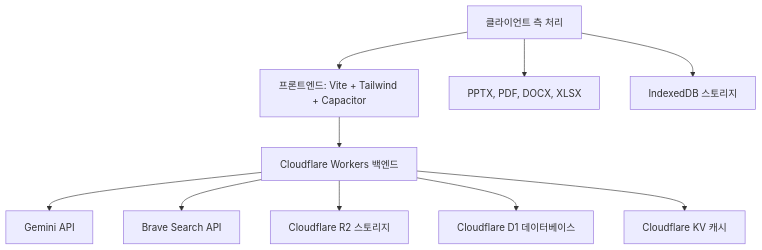
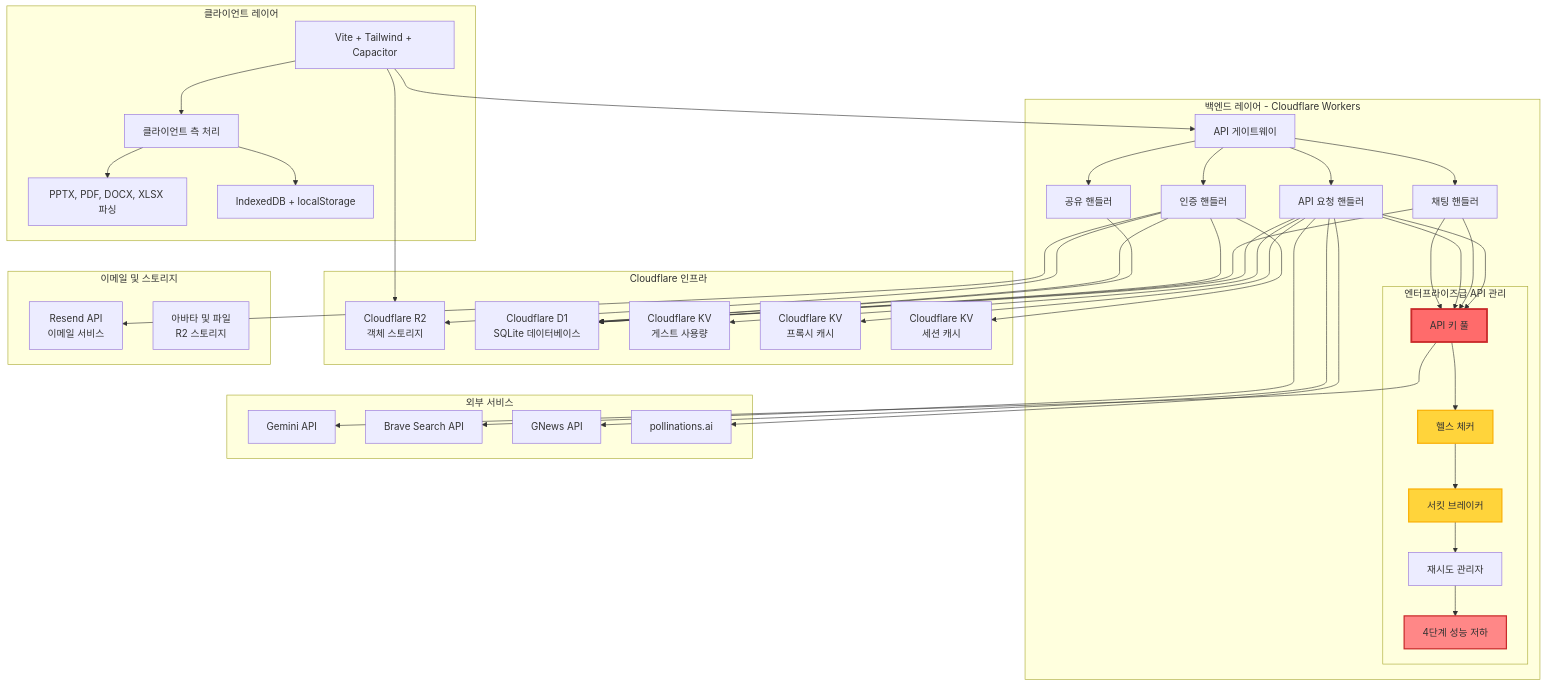
Before and after one commit to PandaSI-Labs/littleaibox: the diagram in docs/README.ko.md, drawn with Mermaid. The commit also changed 3 other files, not shown here.

````diff
--- a/docs/README.ko.md
+++ b/docs/README.ko.md
@@ -129,12 +129,86 @@
 ```mermaid
-graph TD
-    A[프론트엔드: Vite + Tailwind + Capacitor] --> B[Cloudflare Workers 백엔드]
-    B --> C[Gemini API]
-    B --> D[Brave Search API]
-    B --> E[Cloudflare R2 스토리지]
-    B --> F[Cloudflare D1 데이터베이스]
-    B --> G[Cloudflare KV 캐시]
-    H[클라이언트 측 처리] --> A
-    H --> I[PPTX, PDF, DOCX, XLSX]
-    H --> J[IndexedDB 스토리지]
+graph TB
+    subgraph "클라이언트 레이어"
+        A[Vite + Tailwind + Capacitor]
+        H[클라이언트 측 처리]
+        I[PPTX, PDF, DOCX, XLSX 파싱]
+        J[IndexedDB + localStorage]
+        A --> H
+        H --> I
+        H --> J
+    end
+    
+    subgraph "백엔드 레이어 - Cloudflare Workers"
+        B[API 게이트웨이]
+        B1[인증 핸들러]
+        B2[채팅 핸들러]
+        B3[API 요청 핸들러]
+        B4[공유 핸들러]
+        B --> B1
+        B --> B2
+        B --> B3
+        B --> B4
+        
+        subgraph "엔터프라이즈급 API 관리"
+            B5[API 키 풀]
+            B6[헬스 체커]
+            B7[서킷 브레이커]
+            B8[재시도 관리자]
+            B9[4단계 성능 저하]
+            B5 --> B6
+            B6 --> B7
+            B7 --> B8
+            B8 --> B9
+        end
+        
+        B2 --> B5
+        B3 --> B5
+    end
+    
+    subgraph "외부 서비스"
+        C[Gemini API]
+        D[Brave Search API]
+        D1[GNews API]
+        D2[pollinations.ai]
+    end
+    
+    subgraph "Cloudflare 인프라"
+        E[Cloudflare R2<br/>객체 스토리지]
+        F[Cloudflare D1<br/>SQLite 데이터베이스]
+        G1[Cloudflare KV<br/>게스트 사용량]
+        G2[Cloudflare KV<br/>프록시 캐시]
+        G3[Cloudflare KV<br/>세션 캐시]
+    end
+    
+    subgraph "이메일 및 스토리지"
+        K[Resend API<br/>이메일 서비스]
+        L[아바타 및 파일<br/>R2 스토리지]
+    end
+    
+    A --> B
+    B1 --> F
+    B2 --> B5
+    B3 --> B5
+    B4 --> F
+    
+    B5 --> C
+    B3 --> D
+    B3 --> D1
+    B3 --> D2
+    
+    B1 --> F
+    B2 --> F
+    B3 --> F
+    B1 --> G3
+    B3 --> G1
+    B3 --> G2
+    
+    B1 --> K
+    B1 --> E
+    A --> E
+    
+    style B5 fill:#ff6b6b,stroke:#c92a2a,stroke-width:3px
+    style B9 fill:#ff8787,stroke:#c92a2a,stroke-width:2px
+    style B6 fill:#ffd43b,stroke:#fab005,stroke-width:2px
+    style B7 fill:#ffd43b,stroke:#fab005,stroke-width:2px
 ```
````
